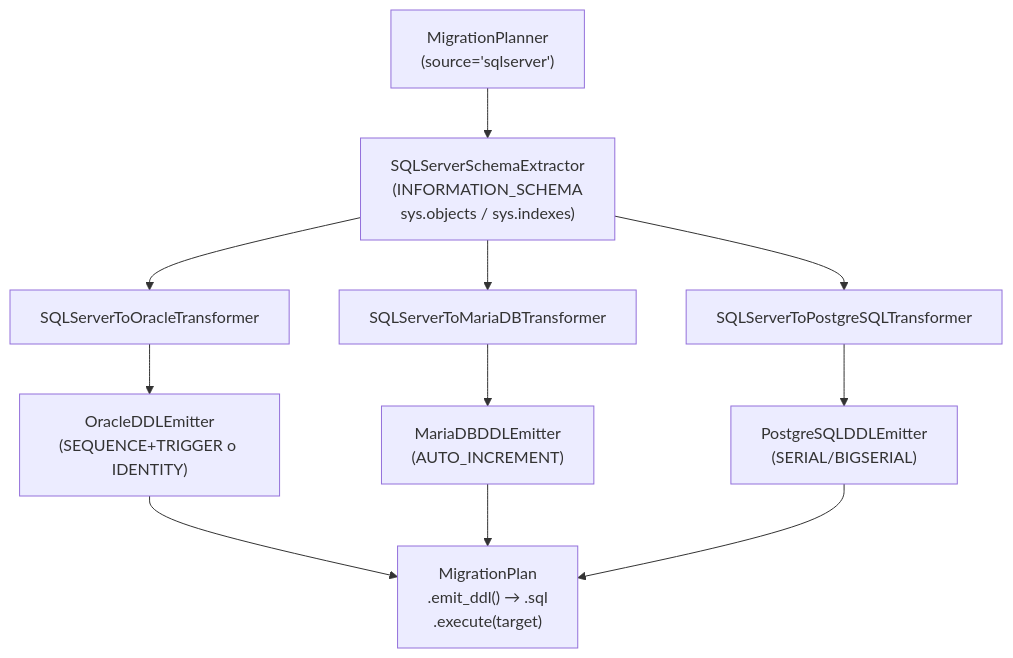
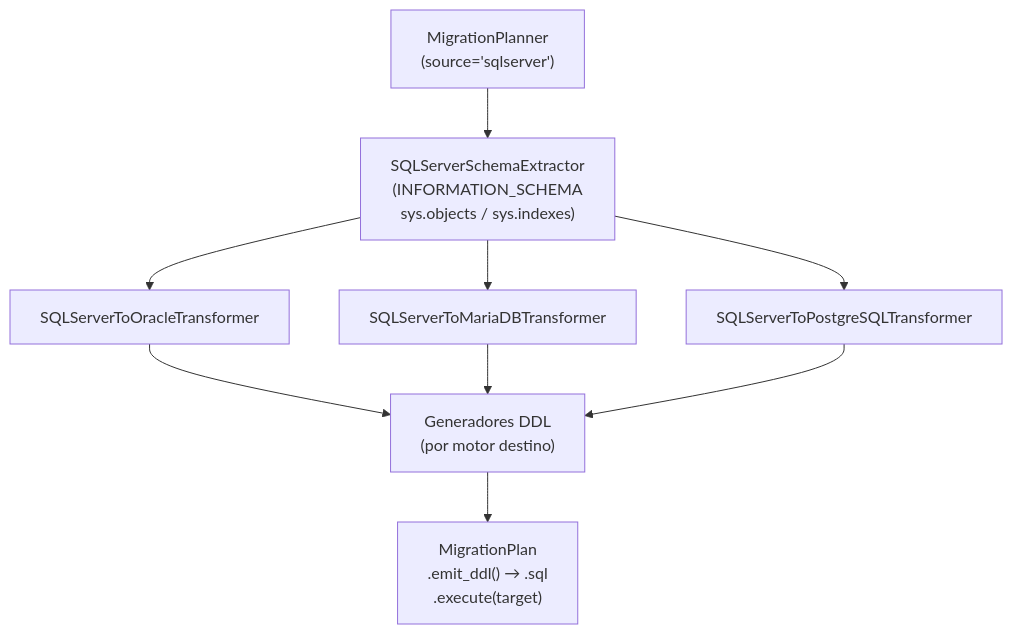
One commit to fmanza/util_bbdd changed the diagram in docs/api/migrate-sqlserver-source.md. Above: the diagram before and after it, drawn with Mermaid. The commit also changed other lines of this file and 117 other files, not shown here.

````diff
--- a/docs/api/migrate-sqlserver-source.md
+++ b/docs/api/migrate-sqlserver-source.md
@@ -12,19 +7,15 @@
 ```mermaid
 flowchart TD
     PL["MigrationPlanner\n(source='sqlserver')"]
     EX["SQLServerSchemaExtractor\n(INFORMATION_SCHEMA\nsys.objects / sys.indexes)"]
     TR_OR["SQLServerToOracleTransformer"]
     TR_MB["SQLServerToMariaDBTransformer"]
     TR_PG["SQLServerToPostgreSQLTransformer"]
-    EM_OR["OracleDDLEmitter\n(SEQUENCE+TRIGGER o IDENTITY)"]
-    EM_MB["MariaDBDDLEmitter\n(AUTO_INCREMENT)"]
-    EM_PG["PostgreSQLDDLEmitter\n(SERIAL/BIGSERIAL)"]
+    EM["Generadores DDL\n(por motor destino)"]
     OUT["MigrationPlan\n.emit_ddl() → .sql\n.execute(target)"]
 
     PL --> EX
     EX --> TR_OR & TR_MB & TR_PG
-    TR_OR --> EM_OR
-    TR_MB --> EM_MB
-    TR_PG --> EM_PG
-    EM_OR & EM_MB & EM_PG --> OUT
+    TR_OR & TR_MB & TR_PG --> EM
+    EM --> OUT
 ```
````
